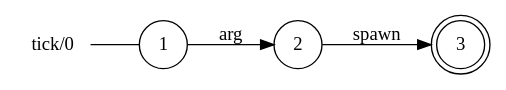
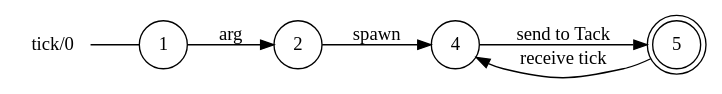
The diagram in out/tick0_local_view.dot (gabrielegenovese/chorer), drawn with Graphviz before and after one commit. The commit also changed 8 other files, not shown here.

```diff
--- a/out/tick0_local_view.dot
+++ b/out/tick0_local_view.dot
@@ -1,11 +1,14 @@
 digraph tick {
 	rankdir="LR";
 	n_0 [label="tick/0", shape="plaintext"];
-	n_1 [id="1", shape=circle, label="1"];
-	n_0 -> n_1 [arrowhead=none];
-	n_2 [id="2", shape=circle, label="2"];
-	n_3 [id="3", shape=doublecircle, label="3"];
+	n_1 [id="5", shape=doublecircle, label="5"];
+	n_2 [id="1", shape=circle, label="1"];
+	n_0 -> n_2 [arrowhead=none];
+	n_3 [id="2", shape=circle, label="2"];
+	n_4 [id="4", shape=circle, label="4"];
 
-	n_1 -> n_2 [id="[$e|0]", label="arg "];
-	n_2 -> n_3 [id="[$e|1]", label="spawn"];
+	n_1 -> n_4 [id="[$e|4]", label="receive tick"];
+	n_3 -> n_4 [id="[$e|5]", label="spawn"];
+	n_2 -> n_3 [id="[$e|0]", label="arg "];
+	n_4 -> n_1 [id="[$e|3]", label="send to Tack"];
 }
```
